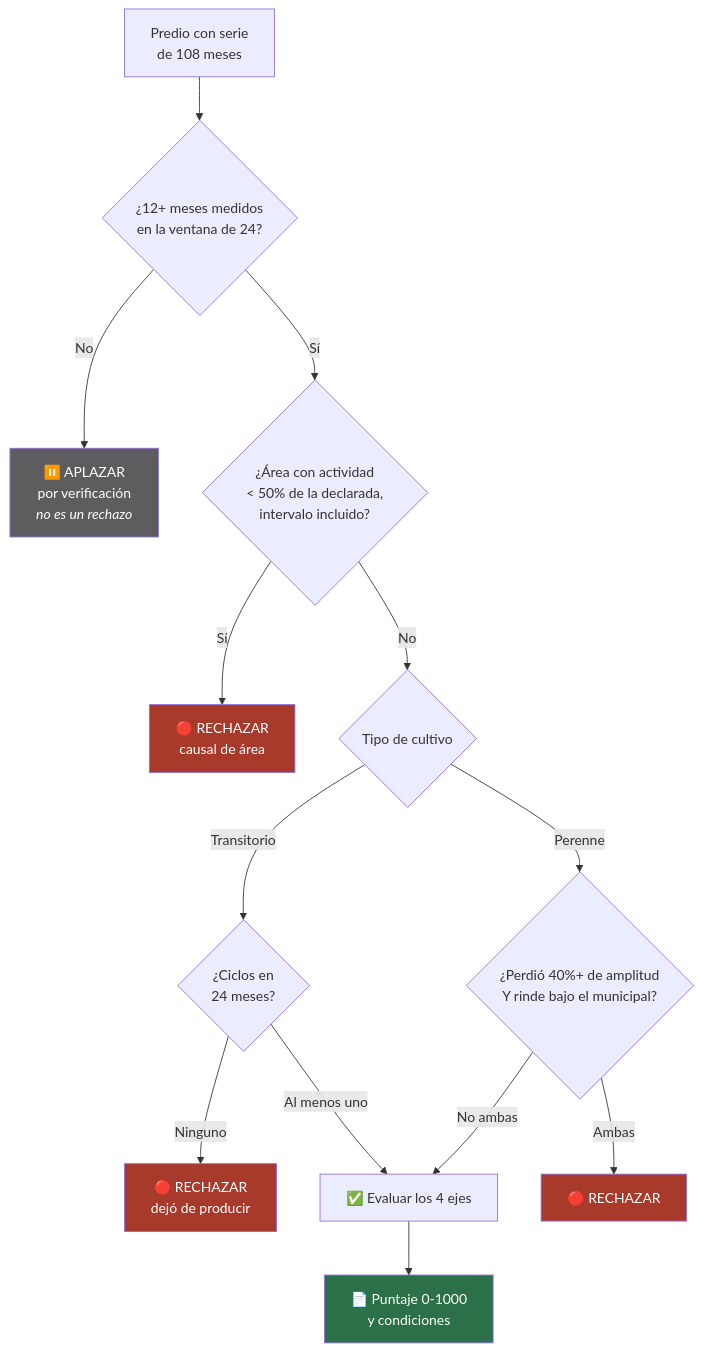
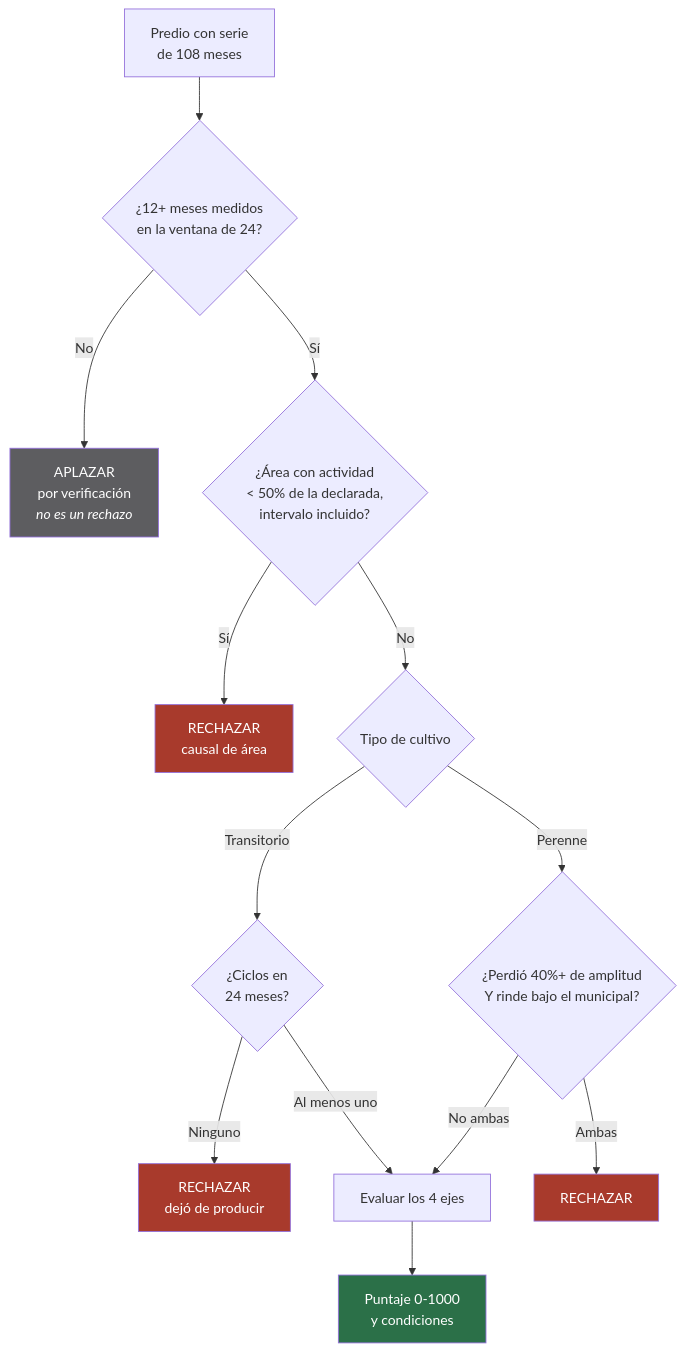
Before and after one commit to laurodriguez2016-cmd/seedllite-ctw2026: the second of 3 diagrams in README.md, drawn with Mermaid. The commit also changed other lines of this file, not shown here.

First line of the commit message:
readme: identidad de stack con etiquetas, indice, y fuera todos los emojis

````diff
--- a/README.md
+++ b/README.md
@@ -106,21 +155,21 @@
 ```mermaid
 flowchart TD
     A["Predio con serie<br/>de 108 meses"] --> B{"¿12+ meses medidos<br/>en la ventana de 24?"}
-    B -->|No| Z["⏸️ APLAZAR<br/>por verificación<br/><i>no es un rechazo</i>"]
+    B -->|No| Z["APLAZAR<br/>por verificación<br/><i>no es un rechazo</i>"]
     B -->|Sí| C{"¿Área con actividad<br/>&lt; 50% de la declarada,<br/>intervalo incluido?"}
-    C -->|Sí| Y["🔴 RECHAZAR<br/>causal de área"]
+    C -->|Sí| Y["RECHAZAR<br/>causal de área"]
     C -->|No| D{"Tipo de cultivo"}
     D -->|Transitorio| E{"¿Ciclos en<br/>24 meses?"}
     D -->|Perenne| F{"¿Perdió 40%+ de amplitud<br/>Y rinde bajo el municipal?"}
-    E -->|Ninguno| Y2["🔴 RECHAZAR<br/>dejó de producir"]
-    E -->|Al menos uno| G["✅ Evaluar los 4 ejes"]
-    F -->|Ambas| Y3["🔴 RECHAZAR"]
+    E -->|Ninguno| Y2["RECHAZAR<br/>dejó de producir"]
+    E -->|Al menos uno| G["Evaluar los 4 ejes"]
+    F -->|Ambas| Y3["RECHAZAR"]
     F -->|No ambas| G
-    G --> H["📄 Puntaje 0-1000<br/>y condiciones"]
+    G --> H["Puntaje 0-1000<br/>y condiciones"]
 
     style Z fill:#5d5d60,color:#fff
     style Y fill:#a83a2c,color:#fff
     style Y2 fill:#a83a2c,color:#fff
     style Y3 fill:#a83a2c,color:#fff
     style H fill:#2b7048,color:#fff
 ```
````
